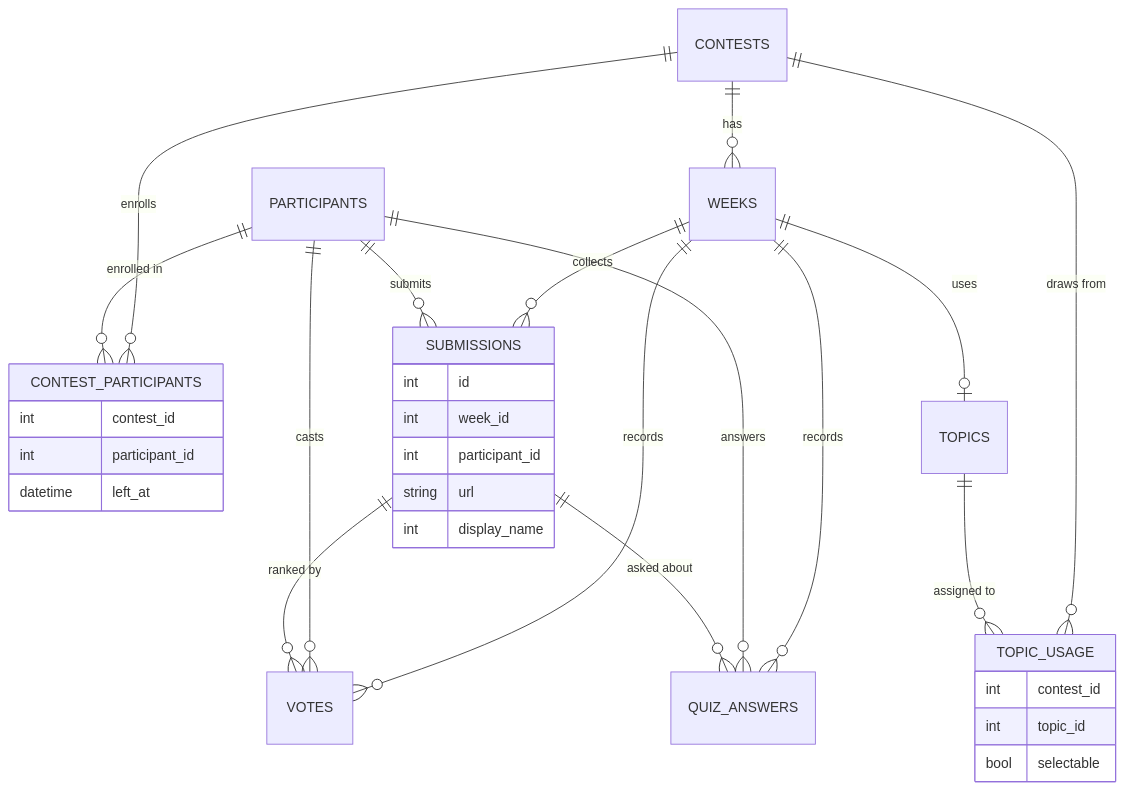
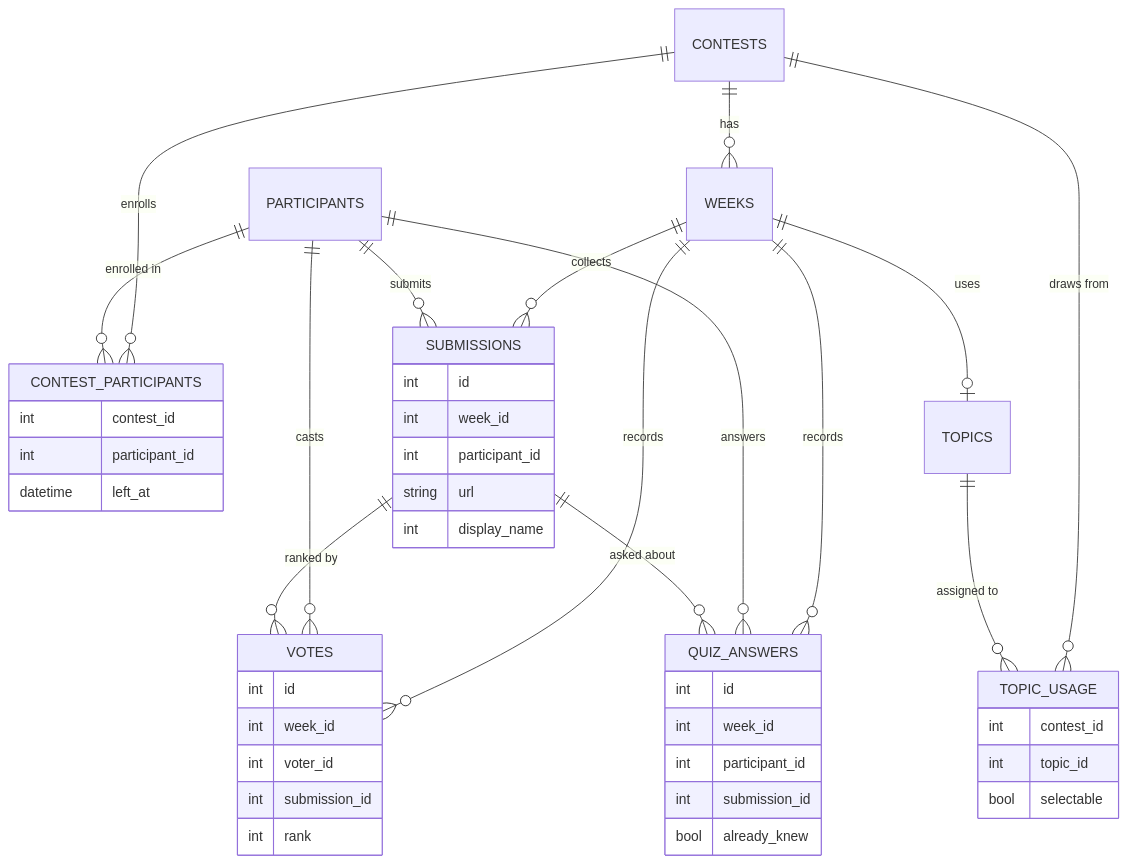
Before and after one commit to cristianat98/Music-Contest-Telegram: the second of 2 diagrams in docs/uml.md, drawn with Mermaid. The commit also changed other lines of this file and 5 other files, not shown here.

````diff
--- a/docs/uml.md
+++ b/docs/uml.md
@@ -134,35 +139,49 @@
 ```mermaid
 erDiagram
     CONTESTS ||--o{ CONTEST_PARTICIPANTS : enrolls
     PARTICIPANTS ||--o{ CONTEST_PARTICIPANTS : "enrolled in"
     CONTESTS ||--o{ WEEKS : has
     CONTESTS ||--o{ TOPIC_USAGE : "draws from"
     TOPICS ||--o{ TOPIC_USAGE : "assigned to"
     WEEKS ||--o| TOPICS : uses
     WEEKS ||--o{ SUBMISSIONS : collects
     PARTICIPANTS ||--o{ SUBMISSIONS : submits
     WEEKS ||--o{ VOTES : records
     PARTICIPANTS ||--o{ VOTES : casts
     SUBMISSIONS ||--o{ VOTES : "ranked by"
     WEEKS ||--o{ QUIZ_ANSWERS : records
     PARTICIPANTS ||--o{ QUIZ_ANSWERS : answers
     SUBMISSIONS ||--o{ QUIZ_ANSWERS : "asked about"
 
     CONTEST_PARTICIPANTS {
         int contest_id
         int participant_id
         datetime left_at
     }
     TOPIC_USAGE {
         int contest_id
         int topic_id
         bool selectable
     }
     SUBMISSIONS {
         int id
         int week_id
         int participant_id
         string url
         int display_name
     }
+    VOTES {
+        int id
+        int week_id
+        int voter_id
+        int submission_id
+        int rank
+    }
+    QUIZ_ANSWERS {
+        int id
+        int week_id
+        int participant_id
+        int submission_id
+        bool already_knew
+    }
 ```
````
